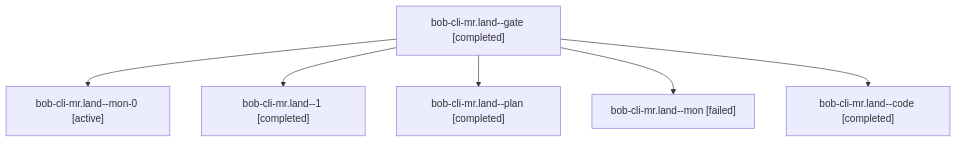
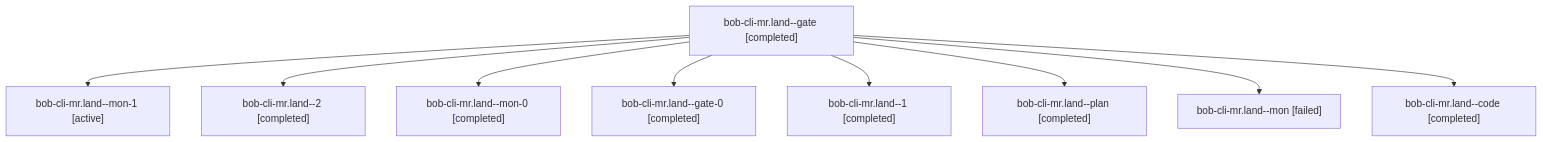
Before and after one commit to bobs-org/bob-cli--agents: the diagram in sessions/bbugyi200.athena.bob-cli-mr.land.md, drawn with Mermaid. The commit also changed other lines of this file and 52 other files, not shown here.

````diff
--- a/sessions/bbugyi200.athena.bob-cli-mr.land.md
+++ b/sessions/bbugyi200.athena.bob-cli-mr.land.md
@@ -9,14 +9,20 @@
 ```mermaid
 flowchart TD
   n0["bob-cli-mr.land--gate [completed]"]
-  n1["bob-cli-mr.land--mon-0 [active]"]
+  n1["bob-cli-mr.land--mon-1 [active]"]
   n0 --> n1
-  n2["bob-cli-mr.land--1 [completed]"]
+  n2["bob-cli-mr.land--2 [completed]"]
   n0 --> n2
-  n3["bob-cli-mr.land--plan [completed]"]
+  n3["bob-cli-mr.land--mon-0 [completed]"]
   n0 --> n3
-  n4["bob-cli-mr.land--mon [failed]"]
+  n4["bob-cli-mr.land--gate-0 [completed]"]
   n0 --> n4
-  n5["bob-cli-mr.land--code [completed]"]
+  n5["bob-cli-mr.land--1 [completed]"]
   n0 --> n5
+  n6["bob-cli-mr.land--plan [completed]"]
+  n0 --> n6
+  n7["bob-cli-mr.land--mon [failed]"]
+  n0 --> n7
+  n8["bob-cli-mr.land--code [completed]"]
+  n0 --> n8
 ```
````
